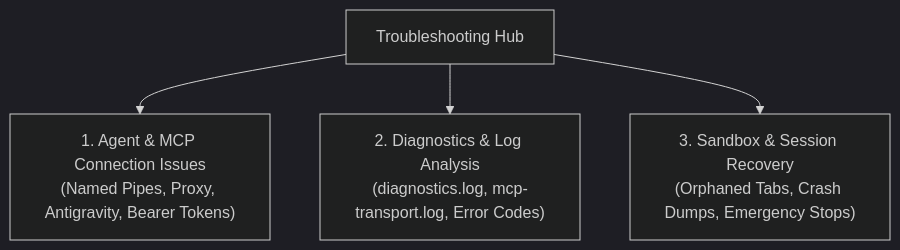
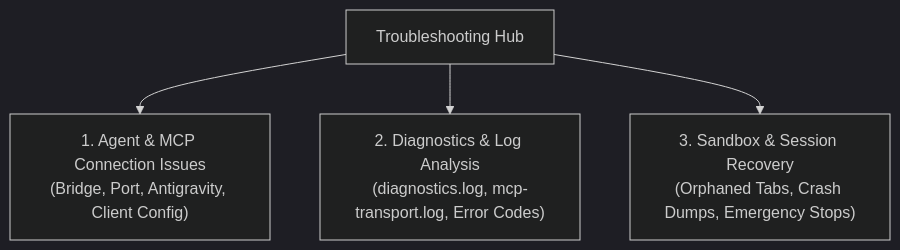
The diagram in docs/troubleshooting/README.md (joelaniol/nova), drawn with Mermaid (dark theme) before and after one commit. The commit also changed other lines of this file and 50 other files, not shown here.

Commit message:
docs: connection guides match the real transport (stdio bridge + local HTTP), tool tables without status column, broken characters fixed

````diff
--- a/docs/troubleshooting/README.md
+++ b/docs/troubleshooting/README.md
@@ -9,6 +9,6 @@
 ```mermaid
 flowchart TD
-    A["Troubleshooting Hub"] --> B["1. Agent & MCP Connection Issues<br>(Named Pipes, Proxy, Antigravity, Bearer Tokens)"]
+    A["Troubleshooting Hub"] --> B["1. Agent & MCP Connection Issues<br>(Bridge, Port, Antigravity, Client Config)"]
     A --> C["2. Diagnostics & Log Analysis<br>(diagnostics.log, mcp-transport.log, Error Codes)"]
     A --> D["3. Sandbox & Session Recovery<br>(Orphaned Tabs, Crash Dumps, Emergency Stops)"]
 ```
````
